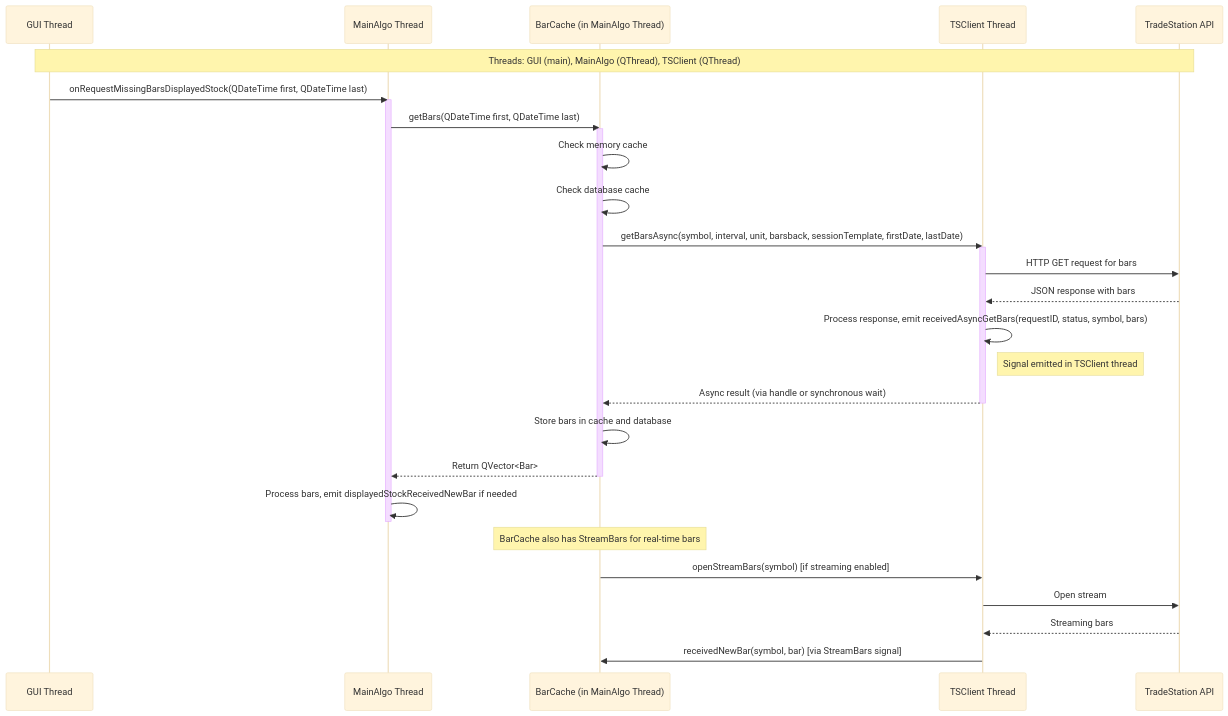
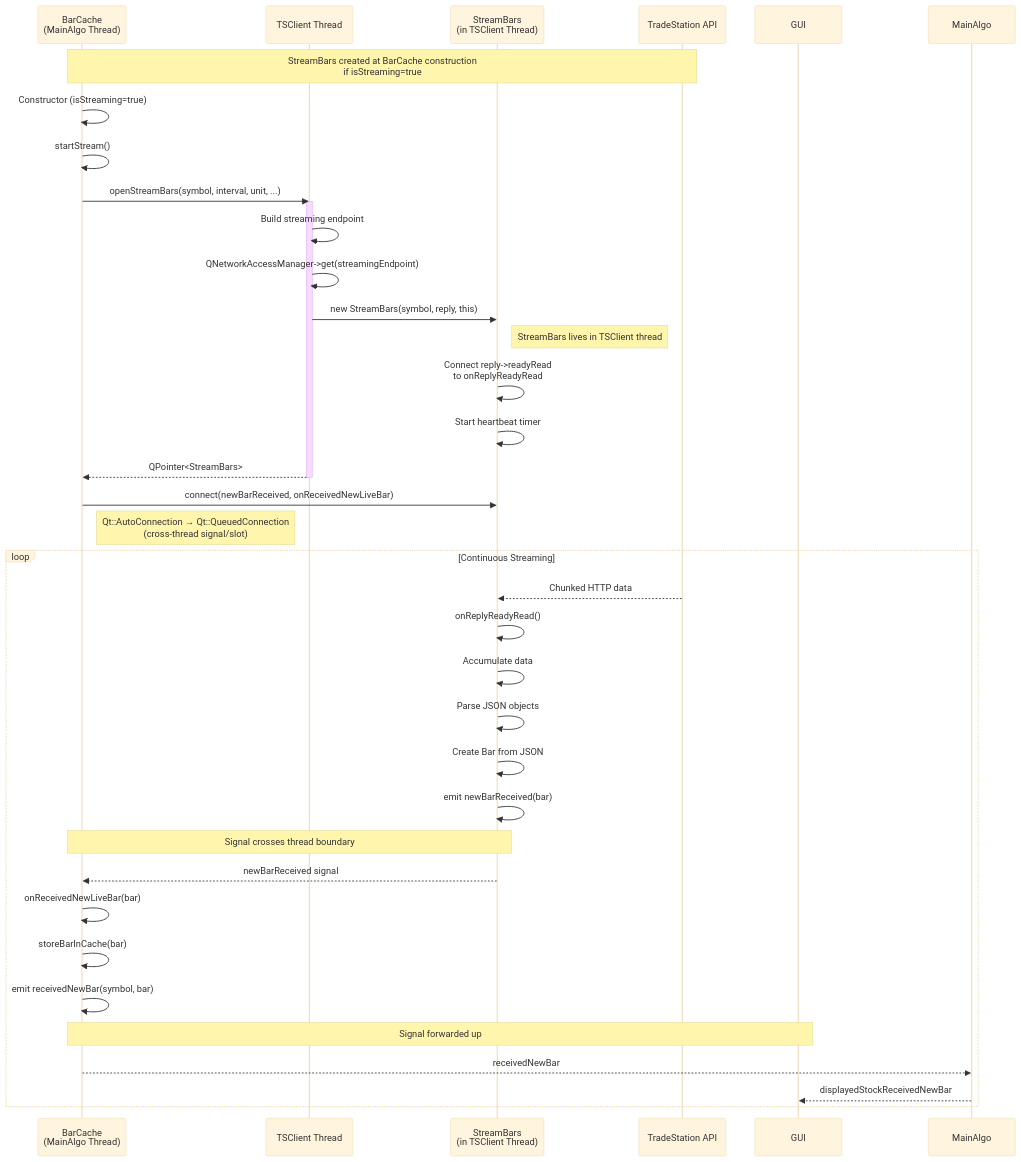
The second of 2 diagrams in Doc/Thread_Relations_TSClient.md (simonbeaudoin0935/OpenTraderPlatform), drawn with Mermaid (base theme) before and after one commit. The commit also changed other lines of this file, not shown here.

Commit message:
Rewrite Thread_Relations_TSClient.md with accurate architecture details

````diff
--- a/Doc/Thread_Relations_TSClient.md
+++ b/Doc/Thread_Relations_TSClient.md
@@ -5,36 +114,49 @@
 ```mermaid
 sequenceDiagram
-    participant GUI as GUI Thread
-    participant MainAlgo as MainAlgo Thread
-    participant BarCache as BarCache (in MainAlgo Thread)
+    participant BarCache as BarCache<br/>(MainAlgo Thread)
     participant TSClient as TSClient Thread
+    participant Stream as StreamBars<br/>(in TSClient Thread)
     participant API as TradeStation API
 
-    Note over GUI,API: Threads: GUI (main), MainAlgo (QThread), TSClient (QThread)
+    Note over BarCache,API: StreamBars created at BarCache construction<br/>if isStreaming=true
 
-    GUI->>MainAlgo: onRequestMissingBarsDisplayedStock(QDateTime first, QDateTime last)
-    activate MainAlgo
-    MainAlgo->>BarCache: getBars(QDateTime first, QDateTime last)
-    activate BarCache
-    BarCache->>BarCache: Check memory cache
-    BarCache->>BarCache: Check database cache
-    BarCache->>TSClient: getBarsAsync(symbol, interval, unit, barsback, sessionTemplate, firstDate, lastDate)
+    BarCache->>BarCache: Constructor (isStreaming=true)
+    BarCache->>BarCache: startStream()
+    
+    BarCache->>TSClient: openStreamBars(symbol, interval, unit, ...)
     activate TSClient
-    TSClient->>API: HTTP GET request for bars
-    API-->>TSClient: JSON response with bars
-    TSClient->>TSClient: Process response, emit receivedAsyncGetBars(requestID, status, symbol, bars)
-    Note right of TSClient: Signal emitted in TSClient thread
-    TSClient-->>BarCache: Async result (via handle or synchronous wait)
+    
+    TSClient->>TSClient: Build streaming endpoint
+    TSClient->>TSClient: QNetworkAccessManager->get(streamingEndpoint)
+    TSClient->>Stream: new StreamBars(symbol, reply, this)
+    Note right of Stream: StreamBars lives in TSClient thread
+    
+    Stream->>Stream: Connect reply->readyRead<br/>to onReplyReadyRead
+    Stream->>Stream: Start heartbeat timer
+    TSClient-->>BarCache: QPointer<StreamBars>
     deactivate TSClient
-    BarCache->>BarCache: Store bars in cache and database
-    BarCache-->>MainAlgo: Return QVector<Bar>
-    deactivate BarCache
-    MainAlgo->>MainAlgo: Process bars, emit displayedStockReceivedNewBar if needed
-    deactivate MainAlgo
-
-    Note over BarCache: BarCache also has StreamBars for real-time bars
-    BarCache->>TSClient: openStreamBars(symbol) [if streaming enabled]
-    TSClient->>API: Open stream
-    API-->>TSClient: Streaming bars
-    TSClient->>BarCache: receivedNewBar(symbol, bar) [via StreamBars signal]
+    
+    BarCache->>Stream: connect(newBarReceived, onReceivedNewLiveBar)
+    Note right of BarCache: Qt::AutoConnection → Qt::QueuedConnection<br/>(cross-thread signal/slot)
+    
+    loop Continuous Streaming
+        API-->>Stream: Chunked HTTP data
+        Stream->>Stream: onReplyReadyRead()
+        Stream->>Stream: Accumulate data
+        Stream->>Stream: Parse JSON objects
+        Stream->>Stream: Create Bar from JSON
+        Stream->>Stream: emit newBarReceived(bar)
+        
+        Note over Stream,BarCache: Signal crosses thread boundary
+        
+        Stream-->>BarCache: newBarReceived signal
+        BarCache->>BarCache: onReceivedNewLiveBar(bar)
+        BarCache->>BarCache: storeBarInCache(bar)
+        BarCache->>BarCache: emit receivedNewBar(symbol, bar)
+        
+        Note over BarCache,GUI: Signal forwarded up
+        
+        BarCache-->>MainAlgo: receivedNewBar
+        MainAlgo-->>GUI: displayedStockReceivedNewBar
+    end
 ```
````
